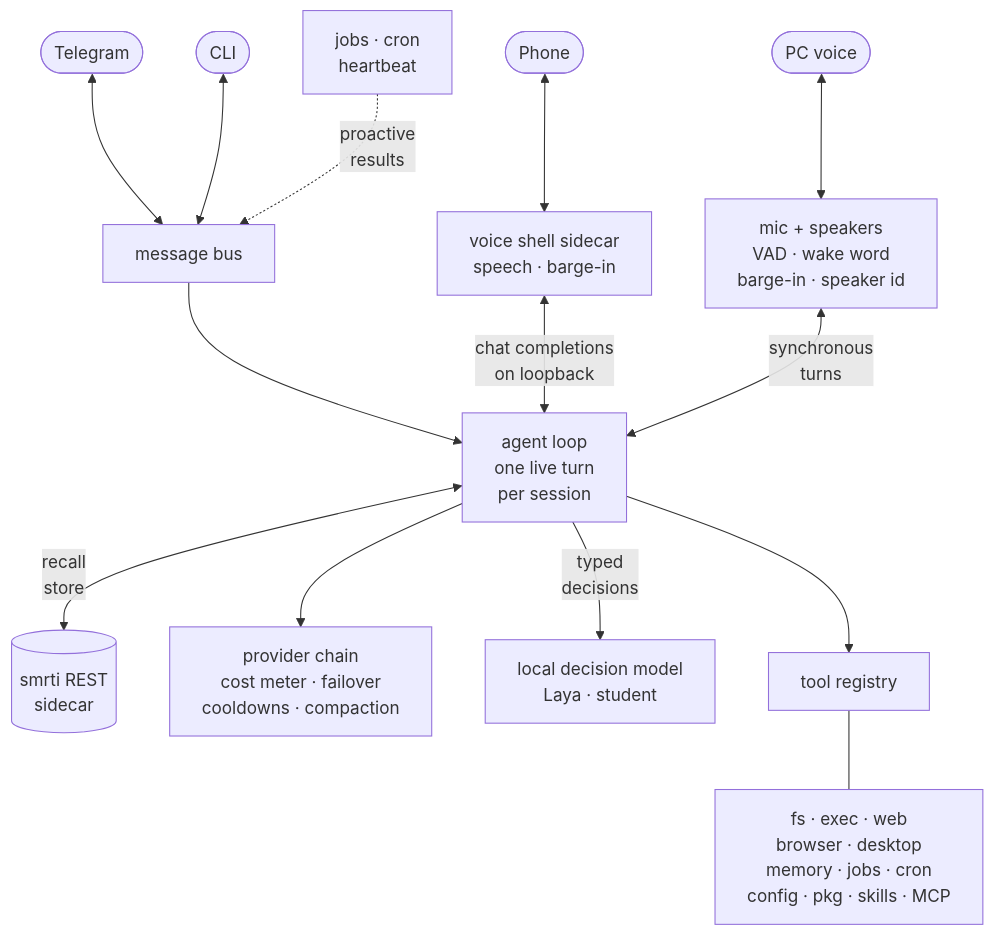
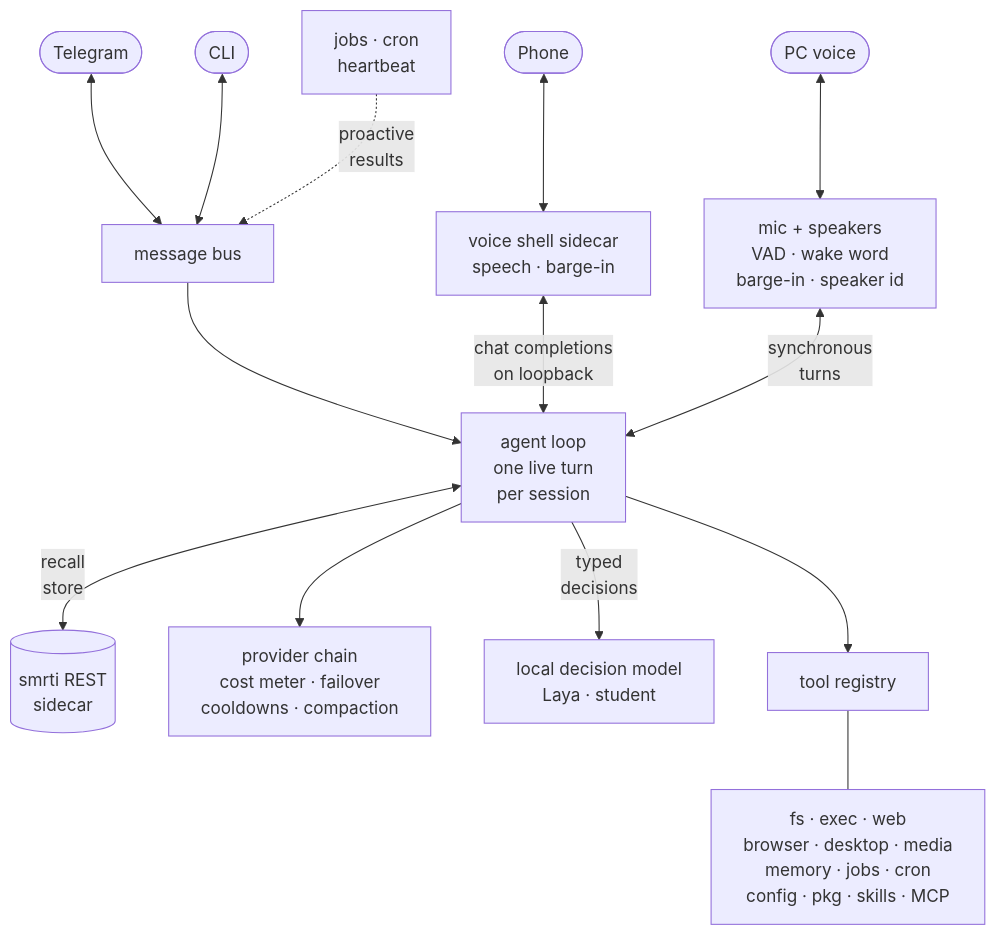
Before and after one commit to cyqlelabs/factor: the diagram in docs/assets/architecture.mmd, drawn with Mermaid. The commit also changed 3 other files, not shown here.

```diff
--- a/docs/assets/architecture.mmd
+++ b/docs/assets/architecture.mmd
@@ -1,14 +1,14 @@
 flowchart TD
     TG([Telegram]) <--> BUS
     CLI([CLI]) <--> BUS
     PH([Phone]) <--> SHELL["voice shell sidecar<br/>speech · barge-in"]
     PC([PC voice]) <--> MIC["mic + speakers<br/>VAD · wake word<br/>barge-in · speaker id"]
     BUS[message bus] --> LOOP
     SHELL <-->|chat completions<br/>on loopback| LOOP
     MIC <-->|synchronous<br/>turns| LOOP
     LOOP["agent loop<br/>one live turn<br/>per session"] <-->|recall<br/>store| MEM[("smrti REST<br/>sidecar")]
     LOOP --> PROV["provider chain<br/>cost meter · failover<br/>cooldowns · compaction"]
     LOOP -->|typed<br/>decisions| DEC["local decision model<br/>Laya · student"]
     LOOP --> REG[tool registry]
-    REG --- SUITES["fs · exec · web<br/>browser · desktop<br/>memory · jobs · cron<br/>config · pkg · skills · MCP"]
+    REG --- SUITES["fs · exec · web<br/>browser · desktop · media<br/>memory · jobs · cron<br/>config · pkg · skills · MCP"]
     BG[jobs · cron<br/>heartbeat] -.->|proactive<br/>results| BUS
```
